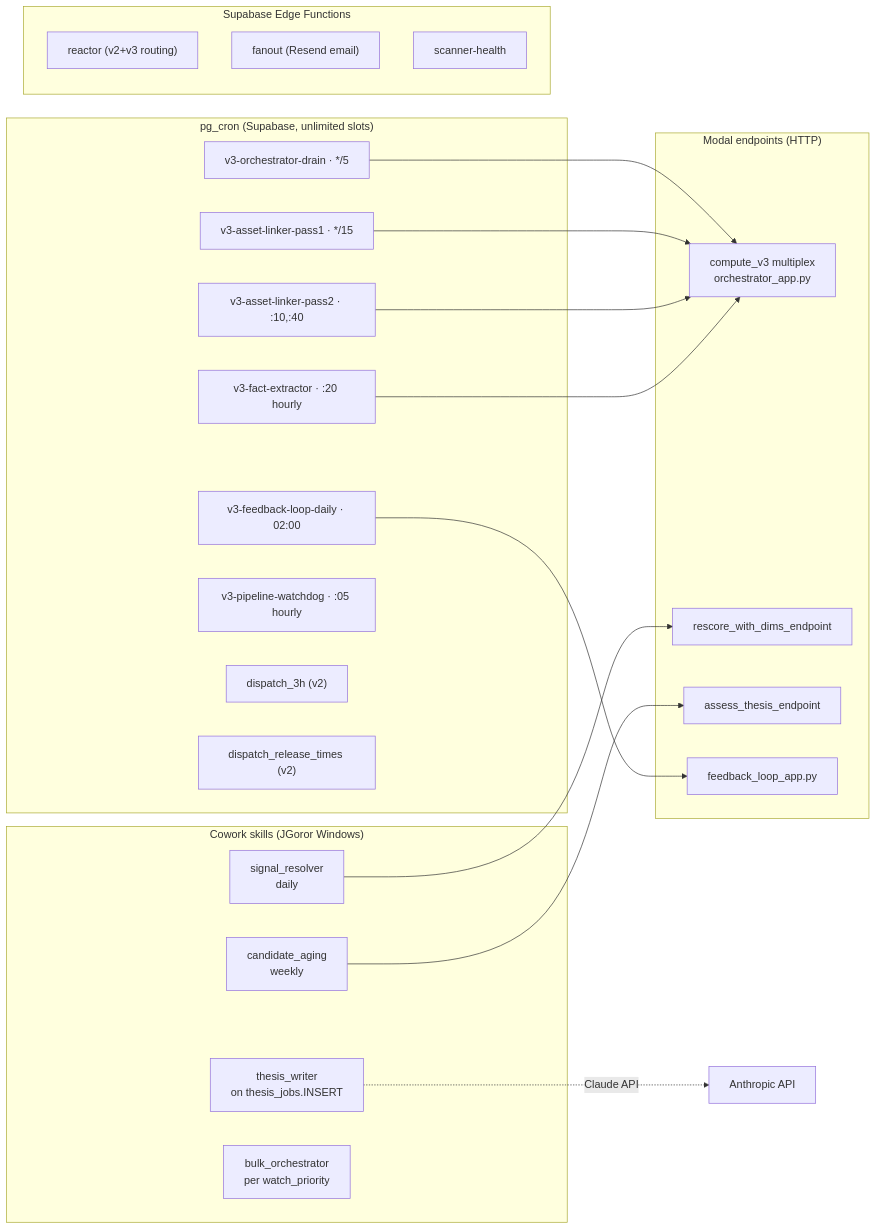
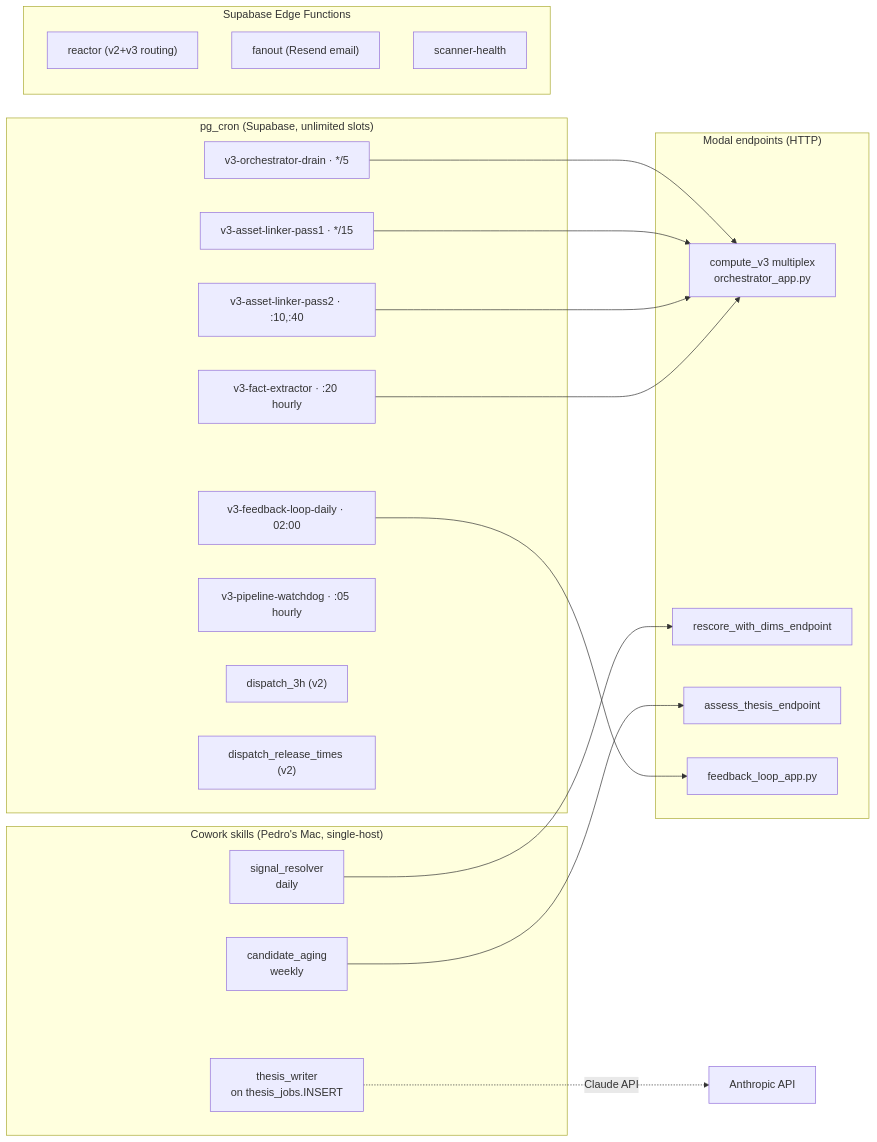
The sixth of 6 diagrams in data_flow_diagram.md (marazuela/conan), drawn with Mermaid before and after one commit. The commit also changed other lines of this file and 5 other files, not shown here.

````diff
--- a/data_flow_diagram.md
+++ b/data_flow_diagram.md
@@ -208,42 +212,41 @@
 ```mermaid
 flowchart LR
     subgraph PGCRON["pg_cron (Supabase, unlimited slots)"]
         PC1["v3-orchestrator-drain · */5"]
         PC2["v3-asset-linker-pass1 · */15"]
         PC3["v3-asset-linker-pass2 · :10,:40"]
         PC4["v3-fact-extractor · :20 hourly"]
         PC5["v3-feedback-loop-daily · 02:00"]
         PC6["v3-pipeline-watchdog · :05 hourly"]
         PC7["dispatch_3h (v2)"]
         PC8["dispatch_release_times (v2)"]
     end
 
-    subgraph COWORK["Cowork skills (JGoror Windows)"]
+    subgraph COWORK["Cowork skills (Pedro's Mac, single-host)"]
         CW1["thesis_writer<br/>on thesis_jobs.INSERT"]
         CW2["signal_resolver<br/>daily"]
         CW3["candidate_aging<br/>weekly"]
-        CW4["bulk_orchestrator<br/>per watch_priority"]
     end
 
     subgraph MODAL["Modal endpoints (HTTP)"]
         M1["compute_v3 multiplex<br/>orchestrator_app.py"]
         M2["rescore_with_dims_endpoint"]
         M3["assess_thesis_endpoint"]
         M4["feedback_loop_app.py"]
     end
 
     subgraph EDGE["Supabase Edge Functions"]
         E1["reactor (v2+v3 routing)"]
         E2["fanout (Resend email)"]
         E3["scanner-health"]
     end
 
     PC1 --> M1
     PC2 --> M1
     PC3 --> M1
     PC4 --> M1
     PC5 --> M4
     CW1 -. Claude API .-> ANTHROPIC[Anthropic API]
     CW2 --> M2
     CW3 --> M3
 ```
````
